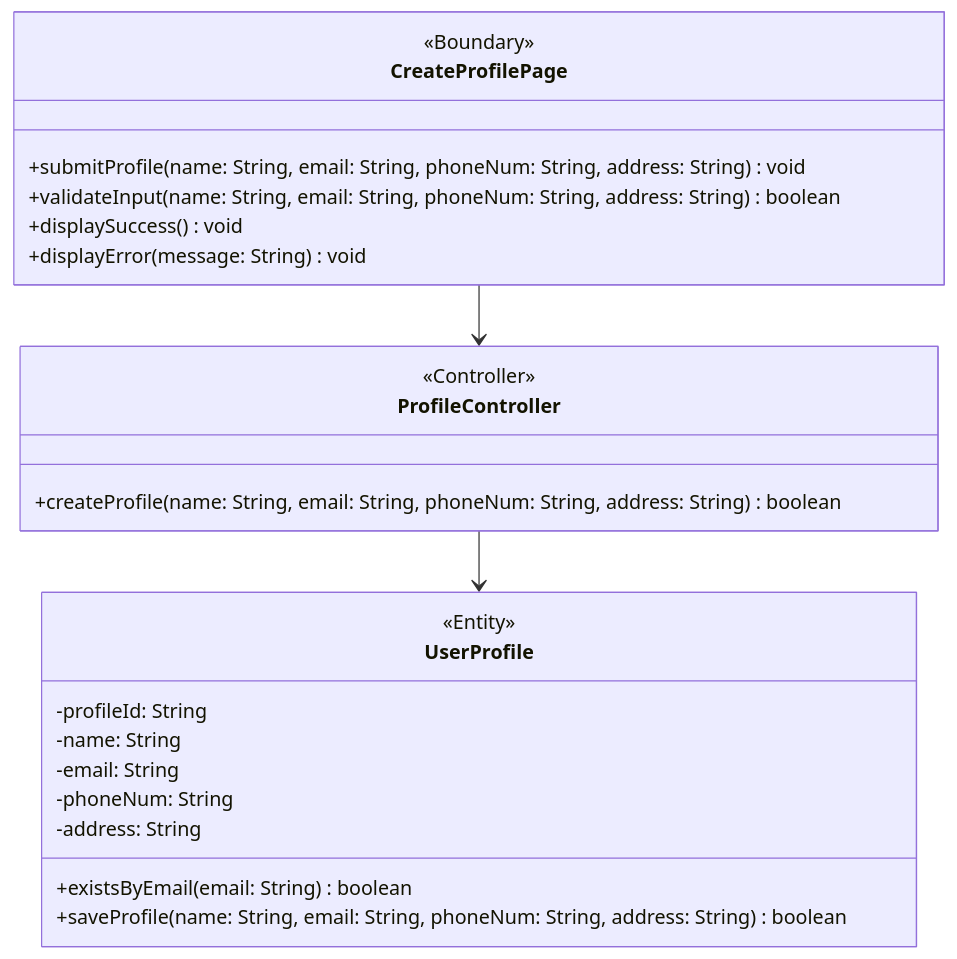
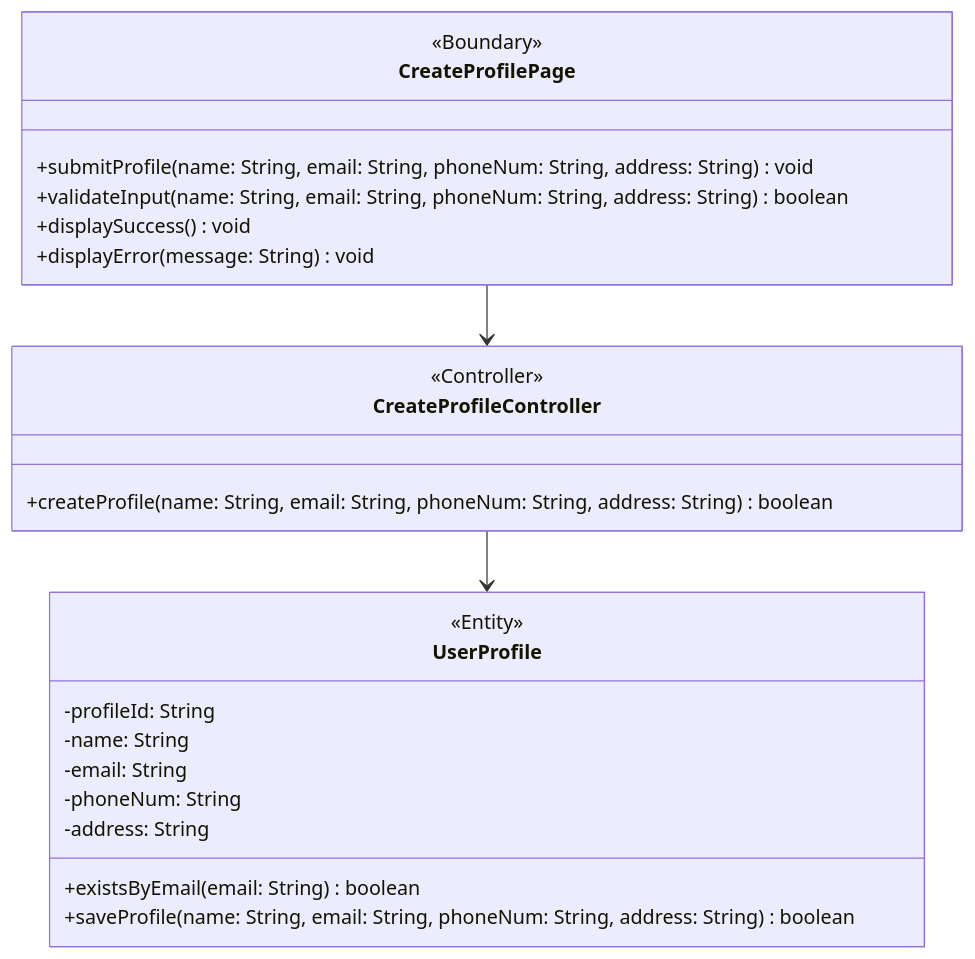
One commit to JSL124/SDM-project changed the diagram in docs/profile/bce-diagram.md. Above: the diagram before and after it, drawn with Mermaid. The commit also changed other lines of this file and 17 other files, not shown here.

````diff
--- a/docs/profile/bce-diagram.md
+++ b/docs/profile/bce-diagram.md
@@ -3,29 +3,29 @@
 ```mermaid
 classDiagram
     class CreateProfilePage {
         <<Boundary>>
         +submitProfile(name: String, email: String, phoneNum: String, address: String) void
         +validateInput(name: String, email: String, phoneNum: String, address: String) boolean
         +displaySuccess() void
         +displayError(message: String) void
     }
 
-    class ProfileController {
+    class CreateProfileController {
         <<Controller>>
         +createProfile(name: String, email: String, phoneNum: String, address: String) boolean
     }
 
     class UserProfile {
         <<Entity>>
         -profileId: String
         -name: String
         -email: String
         -phoneNum: String
         -address: String
         +existsByEmail(email: String) boolean
         +saveProfile(name: String, email: String, phoneNum: String, address: String) boolean
     }
 
-    CreateProfilePage --> ProfileController
-    ProfileController --> UserProfile
+    CreateProfilePage --> CreateProfileController
+    CreateProfileController --> UserProfile
 ```
````
